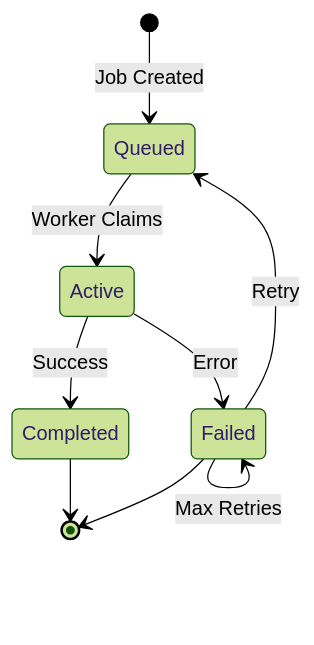
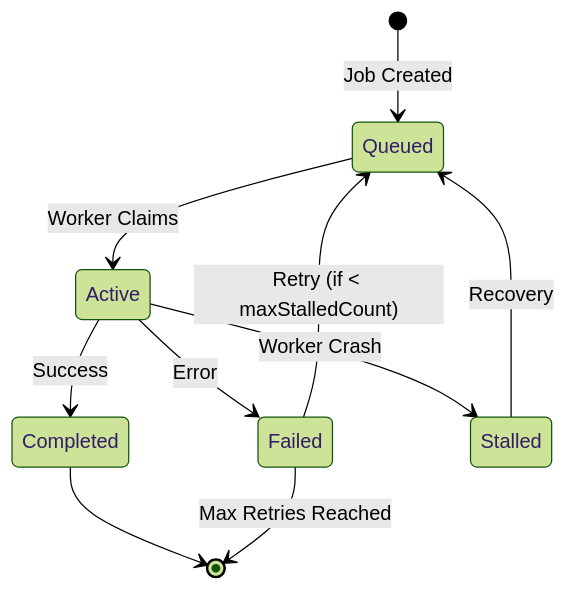
The third of 4 diagrams in docs/architecture/execution-modes.md (haroldlucero/n8n), drawn with Mermaid (forest theme) before and after one commit. The commit also changed other lines of this file, not shown here.

````diff
--- a/docs/architecture/execution-modes.md
+++ b/docs/architecture/execution-modes.md
@@ -265,11 +328,12 @@
 ```mermaid
 stateDiagram-v2
     [*] --> Queued: Job Created
     Queued --> Active: Worker Claims
     Active --> Completed: Success
     Active --> Failed: Error
-    Failed --> Queued: Retry
-    Failed --> Failed: Max Retries
+    Active --> Stalled: Worker Crash
+    Failed --> Queued: Retry (if < maxStalledCount)
+    Stalled --> Queued: Recovery
     Completed --> [*]
-    Failed --> [*]
+    Failed --> [*]: Max Retries Reached
 ```
````
